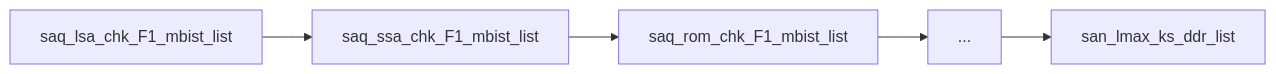
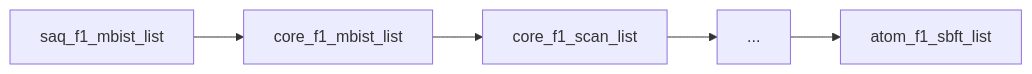
One commit to imahamdan/ctt_docs changed the fifth of 10 diagrams in Writerside/topics/convergedvminsearch-1.md. Above: the diagram before and after it, drawn with Mermaid. The commit also changed other lines of this file and 23 other files, not shown here.

````diff
--- a/Writerside/topics/convergedvminsearch-1.md
+++ b/Writerside/topics/convergedvminsearch-1.md
@@ -28,4 +83,4 @@
 ```mermaid
 graph LR
-    T1["saq_lsa_chk_F1_mbist_list"] --> T2["saq_ssa_chk_F1_mbist_list"] --> T3["saq_rom_chk_F1_mbist_list"] --> T4["..."] --> TN["san_lmax_ks_ddr_list"]
+    T1["saq_f1_mbist_list"] --> T2["core_f1_mbist_list"] --> T3["core_f1_scan_list"] --> T4["..."] --> TN["atom_f1_sbft_list"]
 ```
````
